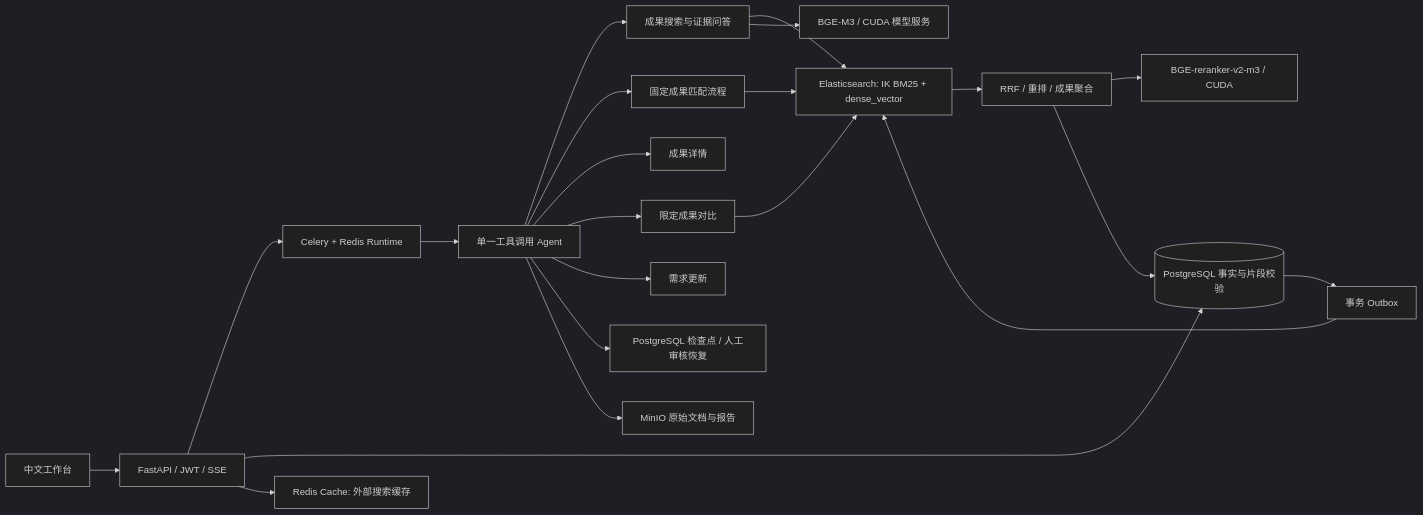
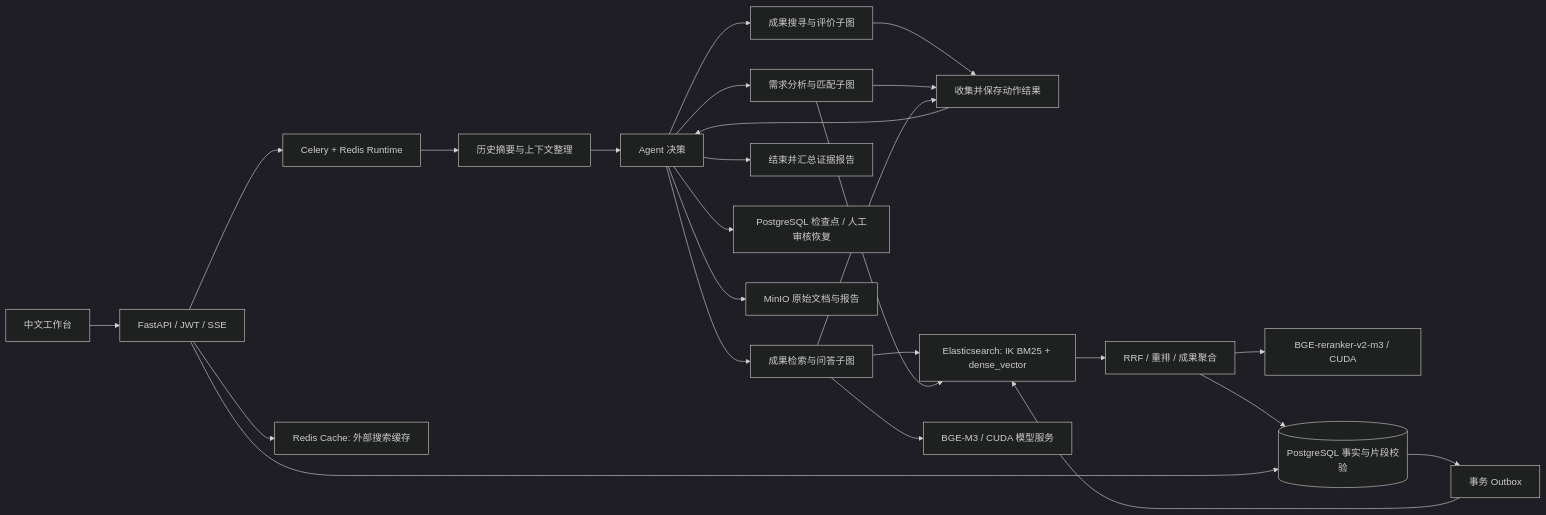
One commit to WEIJIE0213/HydroBridge-Agent-Platform changed the diagram in README.md. Above: the diagram before and after it, drawn with Mermaid (dark theme). The commit also changed other lines of this file and 24 other files, not shown here.

````diff
--- a/README.md
+++ b/README.md
@@ -36,24 +36,27 @@
 ```mermaid
 flowchart LR
     UI[中文工作台] --> API[FastAPI / JWT / SSE]
     API --> Q[Celery + Redis Runtime]
-    Q --> A[单一工具调用 Agent]
-    A --> S[成果搜索与证据问答]
-    A --> M[固定成果匹配流程]
-    A --> D[成果详情]
-    A --> C[限定成果对比]
-    A --> U[需求更新]
+    Q --> H[历史摘要与上下文整理]
+    H --> A[Agent 决策]
+    A --> X[成果搜寻与评价子图]
+    A --> M[需求分析与匹配子图]
+    A --> S[成果检索与问答子图]
+    X --> K[收集并保存动作结果]
+    M --> K
+    S --> K
+    K --> A
+    A --> F[结束并汇总证据报告]
     S --> ES[Elasticsearch: IK BM25 + dense_vector]
-    C --> ES
     M --> ES
     ES --> R[RRF / 重排 / 成果聚合]
     S --> B[BGE-M3 / CUDA 模型服务]
     R --> BR[BGE-reranker-v2-m3 / CUDA]
     R --> PG[(PostgreSQL 事实与片段校验)]
     API --> PG
     PG --> O[事务 Outbox]
     O --> ES
     A --> CP[PostgreSQL 检查点 / 人工审核恢复]
     A --> OBJ[MinIO 原始文档与报告]
     API --> CACHE[Redis Cache: 外部搜索缓存]
 ```
````
